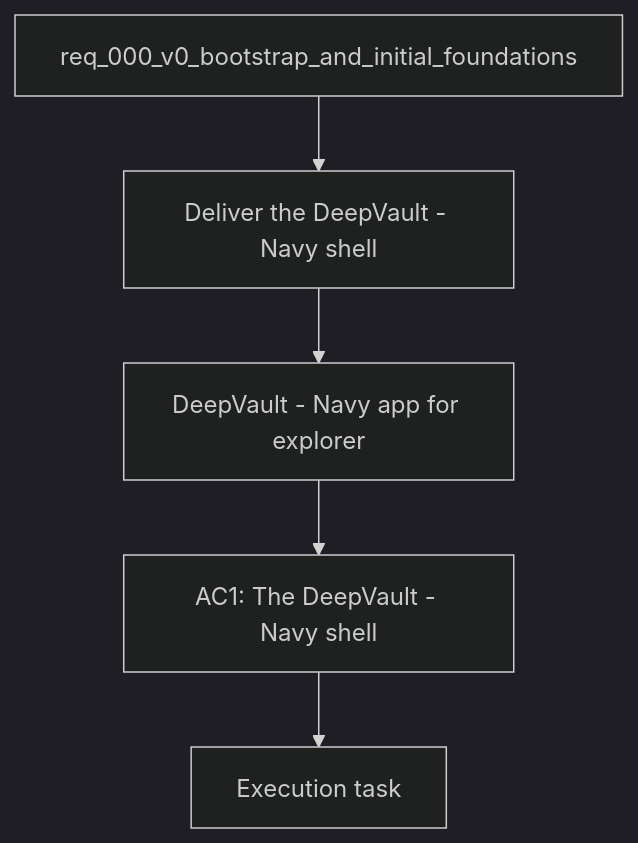
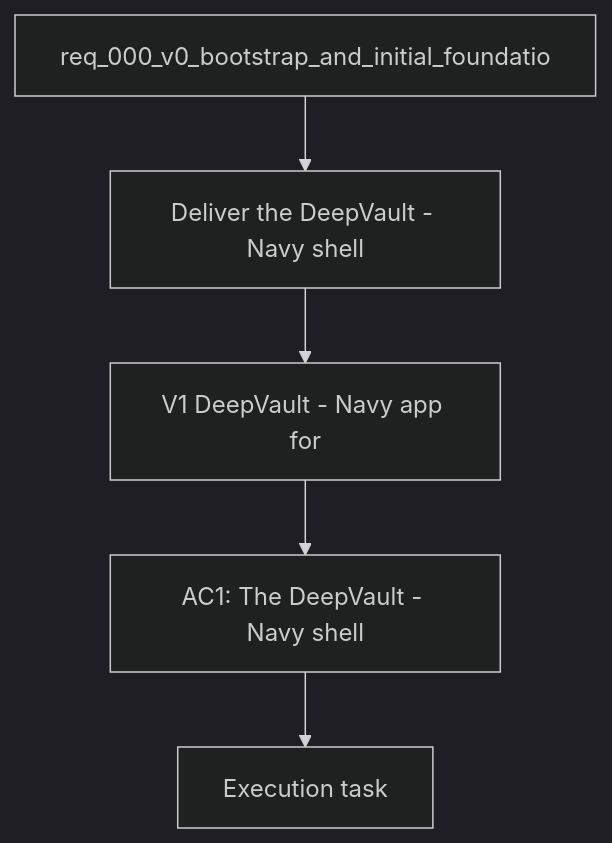
Before and after one commit to AlexAgo83/deepvault: the diagram in logics/backlog/item_006_v1_local_companion_app_for_explorer_and_chat.md, drawn with Mermaid (dark theme). The commit also changed 28 other files, not shown here.

````diff
--- a/logics/backlog/item_006_v1_local_companion_app_for_explorer_and_chat.md
+++ b/logics/backlog/item_006_v1_local_companion_app_for_explorer_and_chat.md
@@ -21,9 +21,9 @@
 ```mermaid
 %% logics-kind: backlog
 %% logics-signature: backlog|v1-deepvault-navy-app-for-explorer-and-c|req-000-v0-bootstrap-and-initial-foundat|deliver-the-deepvault-navy-shell|ac1-the-deepvault-navy-shell
 flowchart TD
-    Request[req_000_v0_bootstrap_and_initial_foundations] --> Problem[Deliver the DeepVault - Navy shell]
-    Problem --> Scope[DeepVault - Navy app for explorer]
+    Request[req_000_v0_bootstrap_and_initial_foundatio] --> Problem[Deliver the DeepVault - Navy shell]
+    Problem --> Scope[V1 DeepVault - Navy app for]
     Scope --> Acceptance[AC1: The DeepVault - Navy shell]
     Acceptance --> Tasks[Execution task]
 ```
````
